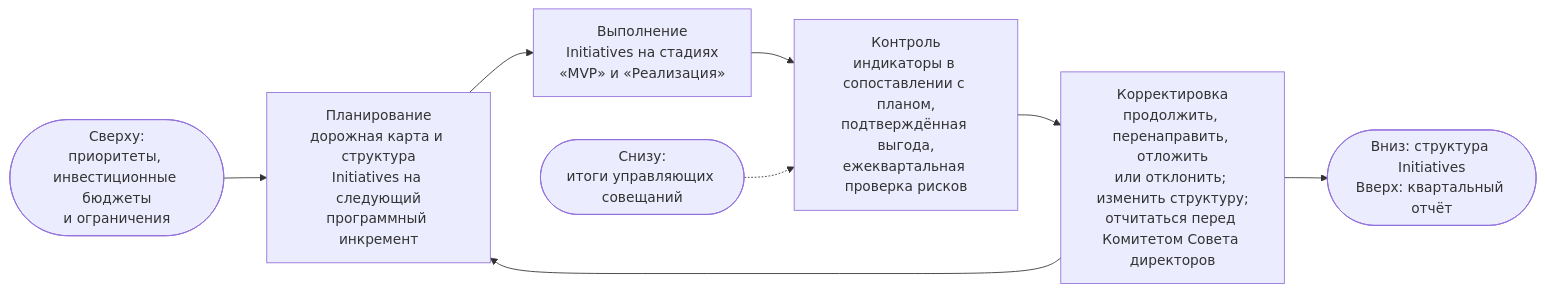
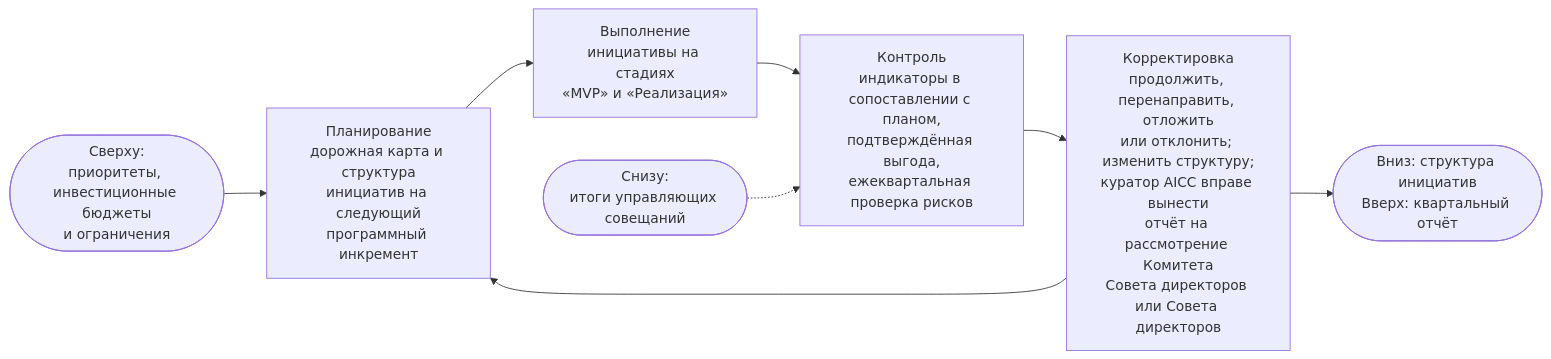
Before and after one commit to devhogu/ob-aicc: the third of 5 diagrams in portal/content/ru/portfolio/the-loops-and-governance.md, drawn with Mermaid. The commit also changed other lines of this file and 150 other files, not shown here.

````diff
--- a/portal/content/ru/portfolio/the-loops-and-governance.md
+++ b/portal/content/ru/portfolio/the-loops-and-governance.md
@@ -53,10 +53,10 @@
 ```mermaid
 flowchart LR
-  IN(["Сверху:<br/>приоритеты, инвестиционные бюджеты<br/>и ограничения"]) --> P["Планирование<br/>дорожная карта и структура<br/>Initiatives на следующий<br/>программный инкремент"]
-  P --> D["Выполнение<br/>Initiatives на стадиях<br/>«MVP» и «Реализация»"]
+  IN(["Сверху:<br/>приоритеты, инвестиционные бюджеты<br/>и ограничения"]) --> P["Планирование<br/>дорожная карта и структура<br/>инициатив на следующий<br/>программный инкремент"]
+  P --> D["Выполнение<br/>инициативы на стадиях<br/>«MVP» и «Реализация»"]
   D --> C["Контроль<br/>индикаторы в сопоставлении с планом,<br/>подтверждённая выгода,<br/>ежеквартальная проверка рисков"]
-  C --> A["Корректировка<br/>продолжить, перенаправить, отложить<br/>или отклонить; изменить структуру;<br/>отчитаться перед Комитетом Совета директоров"]
+  C --> A["Корректировка<br/>продолжить, перенаправить, отложить<br/>или отклонить; изменить структуру;<br/>куратор AICC вправе вынести<br/>отчёт на рассмотрение Комитета<br/>Совета директоров или Совета директоров"]
   A --> P
   EV(["Снизу:<br/>итоги управляющих совещаний"]) -.-> C
-  A --> OUT(["Вниз: структура Initiatives<br/>Вверх: квартальный отчёт"])
+  A --> OUT(["Вниз: структура инициатив<br/>Вверх: квартальный отчёт"])
 ```
````
